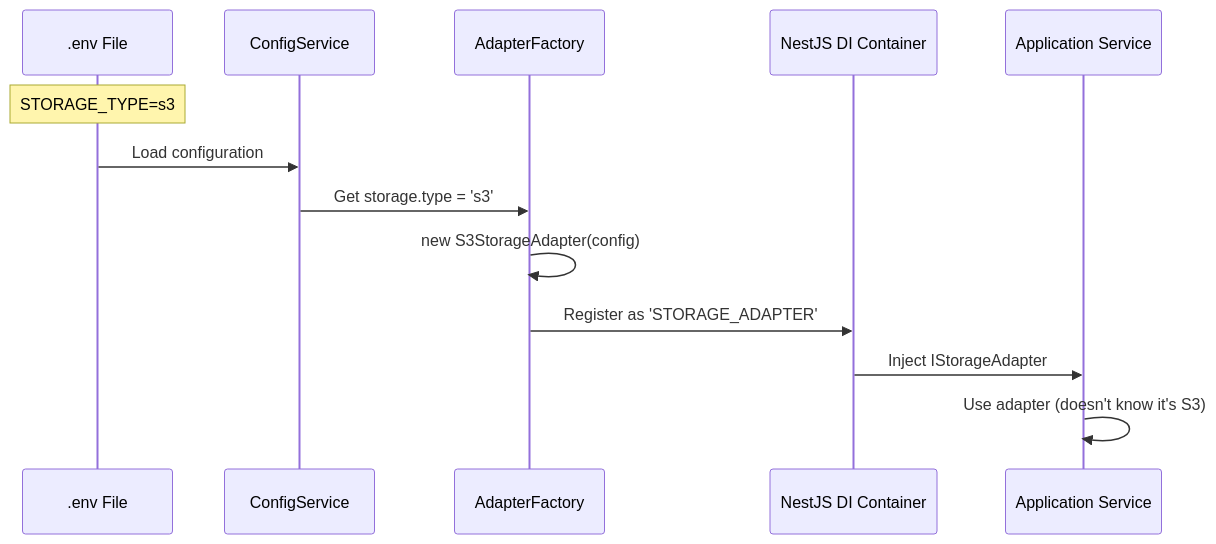
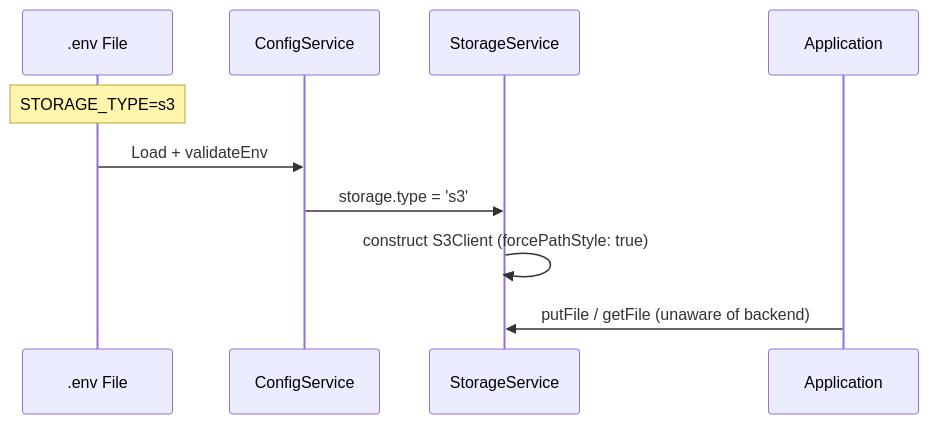
One commit to nourayman21k/OpenWA changed the sixth of 24 diagrams in docs/03-system-architecture.md. Above: the diagram before and after it, drawn with Mermaid. The commit also changed other lines of this file and 13 other files, not shown here.

````diff
--- a/docs/03-system-architecture.md
+++ b/docs/03-system-architecture.md
@@ -347,16 +288,13 @@
 ```mermaid
 sequenceDiagram
     participant Env as .env File
     participant Config as ConfigService
-    participant Factory as AdapterFactory
-    participant DI as NestJS DI Container
-    participant Service as Application Service
+    participant Svc as StorageService
+    participant App as Application
 
     Note over Env: STORAGE_TYPE=s3
-    Env->>Config: Load configuration
-    Config->>Factory: Get storage.type = 's3'
-    Factory->>Factory: new S3StorageAdapter(config)
-    Factory->>DI: Register as 'STORAGE_ADAPTER'
-    DI->>Service: Inject IStorageAdapter
-    Service->>Service: Use adapter (doesn't know it's S3)
+    Env->>Config: Load + validateEnv
+    Config->>Svc: storage.type = 's3'
+    Svc->>Svc: construct S3Client (forcePathStyle: true)
+    App->>Svc: putFile / getFile (unaware of backend)
 ```
````
